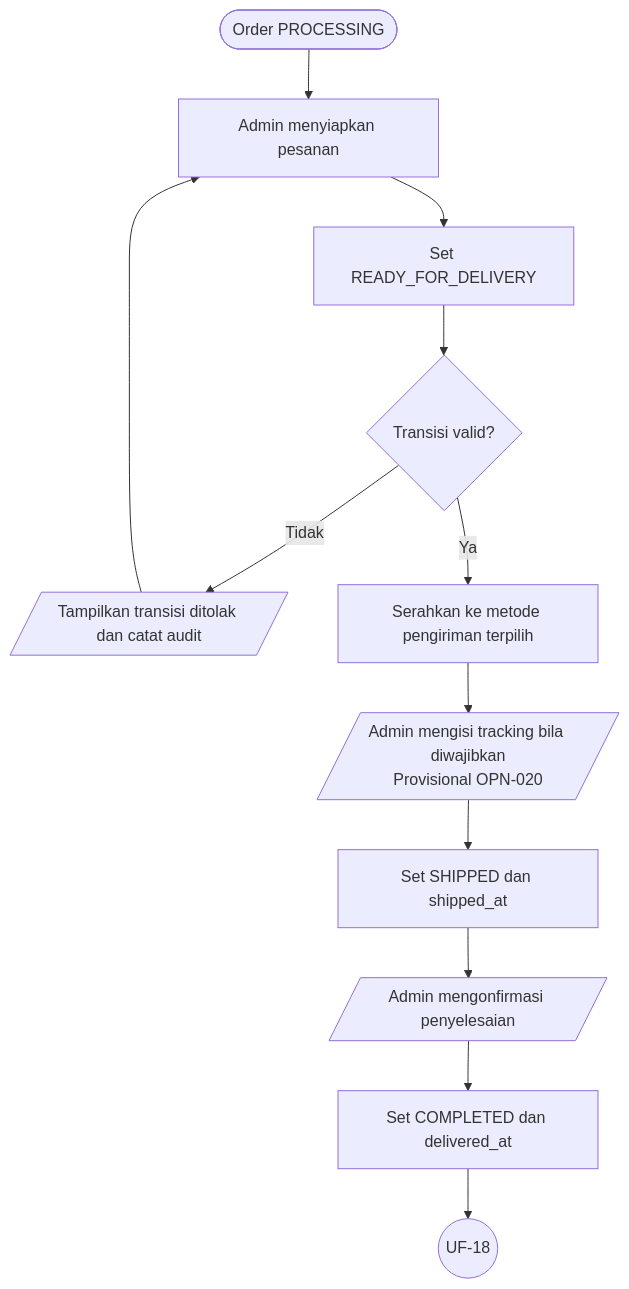
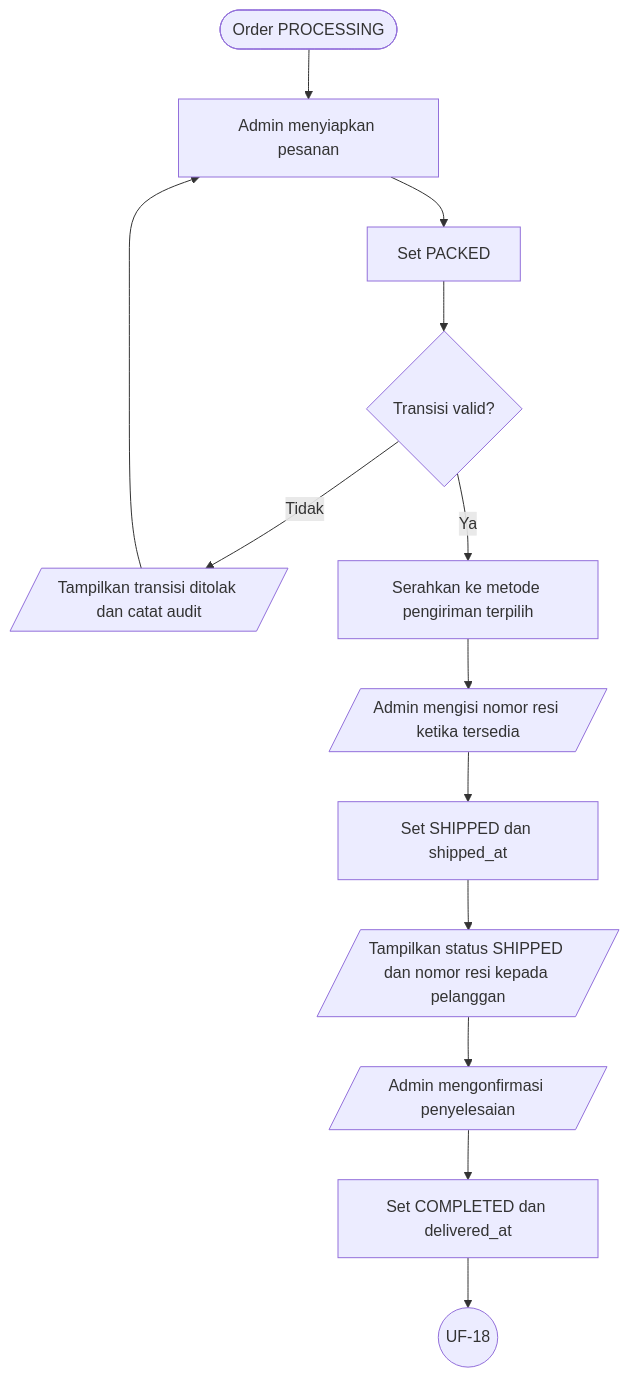
One commit to Webekspres/pixel-komunika changed diagram 12 of 19 in docs/design/USER_FLOWS.md. Above: the diagram before and after it, drawn with Mermaid. The commit also changed other lines of this file and 7 other files, not shown here.

Commit message:
docs: align web-owned sales and fulfillment flow

````diff
--- a/docs/design/USER_FLOWS.md
+++ b/docs/design/USER_FLOWS.md
@@ -393,16 +403,17 @@
 ```mermaid
 flowchart TD
     A(["Order PROCESSING"]) --> B["Admin menyiapkan pesanan"]
-    B --> C["Set READY_FOR_DELIVERY"]
+    B --> C["Set PACKED"]
     C --> D{"Transisi valid?"}
     D -->|Tidak| E[/"Tampilkan transisi ditolak dan catat audit"/]
     E --> B
     D -->|Ya| F["Serahkan ke metode pengiriman terpilih"]
-    F --> G[/"Admin mengisi tracking bila diwajibkan<br/>Provisional OPN-020"/]
+    F --> G[/"Admin mengisi nomor resi ketika tersedia"/]
     G --> H["Set SHIPPED dan shipped_at"]
-    H --> I[/"Admin mengonfirmasi penyelesaian"/]
+    H --> H1[/"Tampilkan status SHIPPED dan nomor resi kepada pelanggan"/]
+    H1 --> I[/"Admin mengonfirmasi penyelesaian"/]
     I --> J["Set COMPLETED dan delivered_at"]
     J --> C_UF18((UF-18))
 
     click C_UF18 "#uf-18-laporan-dan-audit"
 ```
````
